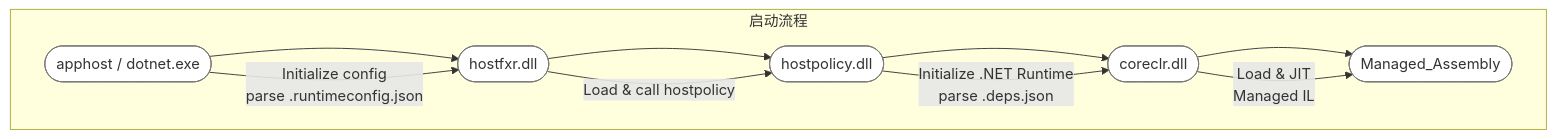
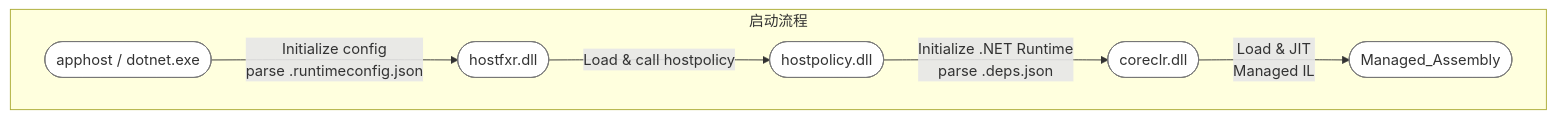
The first of 2 diagrams in dotnet/native-hosting.md (deanroom/notebooks), drawn with Mermaid before and after one commit.

````diff
--- a/dotnet/native-hosting.md
+++ b/dotnet/native-hosting.md
@@ -66,31 +66,32 @@
 ```mermaid
 flowchart TB
-    A([apphost / dotnet.exe]) --> B([hostfxr.dll])
-    B --> C([hostpolicy.dll])
-    C --> D([coreclr.dll])
-    D --> E([Managed_Assembly])
+    A([apphost / dotnet.exe]) 
+    B([hostfxr.dll])
+    C([hostpolicy.dll])
+    D([coreclr.dll])
+    E([Managed_Assembly])
 
     style A fill:#fff,stroke:#777,stroke-width:1px,color:#333
     style B fill:#fff,stroke:#777,stroke-width:1px,color:#333
     style C fill:#fff,stroke:#777,stroke-width:1px,color:#333
     style D fill:#fff,stroke:#777,stroke-width:1px,color:#333
     style E fill:#fff,stroke:#777,stroke-width:1px,color:#333
 
     A:::host
     B:::host
     C:::host
     D:::runtime
     E:::managed
 
     classDef host fill:#e6ffee,stroke:#028482,color:#000
     classDef runtime fill:#fff2e6,stroke:#c66b12,color:#000
     classDef managed fill:#e7e9ff,stroke:#4e58b2,color:#000
 
     subgraph "启动流程"
       A -->|Initialize config<br/>parse .runtimeconfig.json| B
       B -->|Load & call hostpolicy| C
       C -->|Initialize .NET Runtime<br/>parse .deps.json| D
       D -->|Load & JIT<br/>Managed IL| E
     end
 
 ```
````
